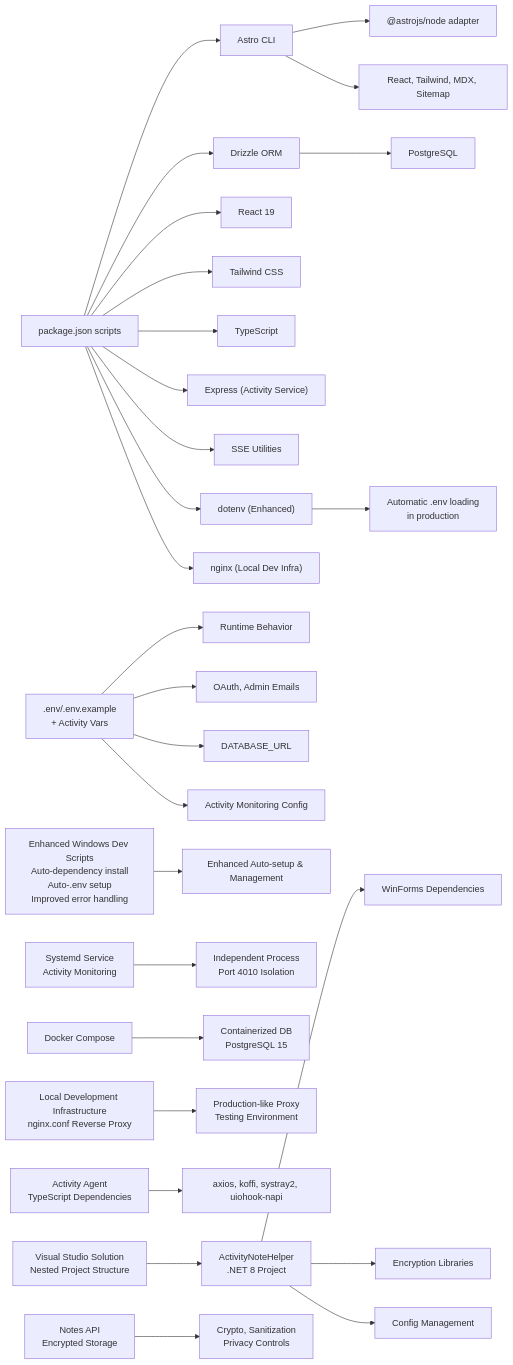
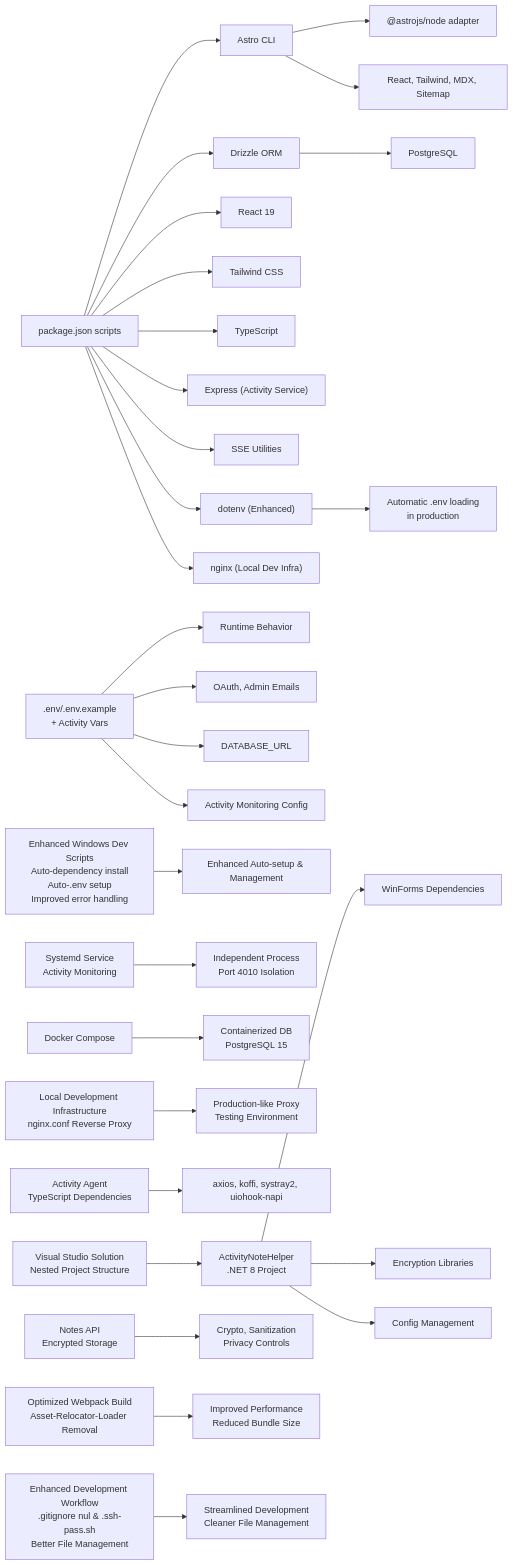
Diagram 17 of 17 in .qoder/repowiki/en/content/Build and Deployment.md (WizardJIOCb/rodion.pro), drawn with Mermaid before and after one commit. The commit also changed other lines of this file and 32 other files, not shown here.

````diff
--- a/.qoder/repowiki/en/content/Build and Deployment.md
+++ b/.qoder/repowiki/en/content/Build and Deployment.md
@@ -1083,30 +1126,32 @@
 ```mermaid
 graph LR
 Pkg["package.json scripts"] --> Astro["Astro CLI"]
 Astro --> NodeAdapter["@astrojs/node adapter"]
 Astro --> Integrations["React, Tailwind, MDX, Sitemap"]
 Pkg --> Drizzle["Drizzle ORM"]
 Drizzle --> PG["PostgreSQL"]
 Pkg --> React["React 19"]
 Pkg --> Tailwind["Tailwind CSS"]
 Pkg --> TS["TypeScript"]
 Pkg --> Express["Express (Activity Service)"]
 Pkg --> SSE["SSE Utilities"]
 Pkg --> Dotenv["dotenv (Enhanced)"]
 Pkg --> Nginx["nginx (Local Dev Infra)"]
 Env[".env/.env.example<br/>+ Activity Vars"] --> Runtime["Runtime Behavior"]
 Env --> Auth["OAuth, Admin Emails"]
 Env --> DB["DATABASE_URL"]
 Env --> Activity["Activity Monitoring Config"]
 DevScripts["Enhanced Windows Dev Scripts<br/>Auto-dependency install<br/>Auto-.env setup<br/>Improved error handling"] --> AutoSetup["Enhanced Auto-setup & Management"]
 Dotenv --> EnvLoading["Automatic .env loading<br/>in production"]
 SysdService["Systemd Service<br/>Activity Monitoring"] --> Independent["Independent Process<br/>Port 4010 Isolation"]
 Docker["Docker Compose"] --> Container["Containerized DB<br/>PostgreSQL 15"]
 LocalInfra["Local Development Infrastructure<br/>nginx.conf Reverse Proxy"] --> ProxyConfig["Production-like Proxy<br/>Testing Environment"]
 ActivityAgent["Activity Agent<br/>TypeScript Dependencies"] --> AgentDeps["axios, koffi, systray2, uiohook-napi"]
 Solution["Visual Studio Solution<br/>Nested Project Structure"] --> VSProj["ActivityNoteHelper<br/>.NET 8 Project"]
 VSProj --> WinForms["WinForms Dependencies"]
 VSProj --> Crypto["Encryption Libraries"]
 VSProj --> Config["Config Management"]
 NotesAPI["Notes API<br/>Encrypted Storage"] --> NotesDeps["Crypto, Sanitization<br/>Privacy Controls"]
+OptimizedBuild["Optimized Webpack Build<br/>Asset-Relocator-Loader Removal"] --> BuildPerf["Improved Performance<br/>Reduced Bundle Size"]
+EnhancedWorkflow["Enhanced Development Workflow<br/>.gitignore nul & .ssh-pass.sh<br/>Better File Management"] --> DevEfficiency["Streamlined Development<br/>Cleaner File Management"]
 ```
````
